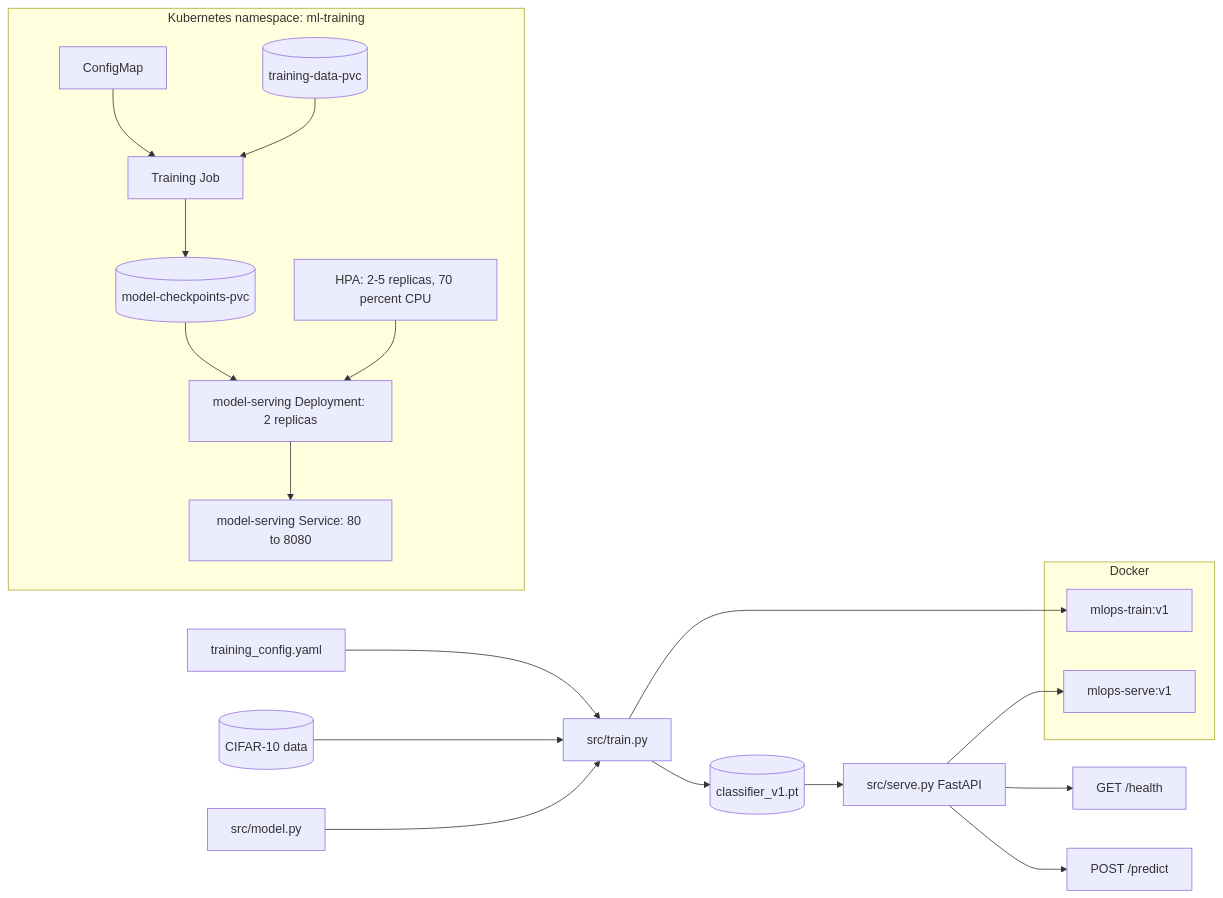
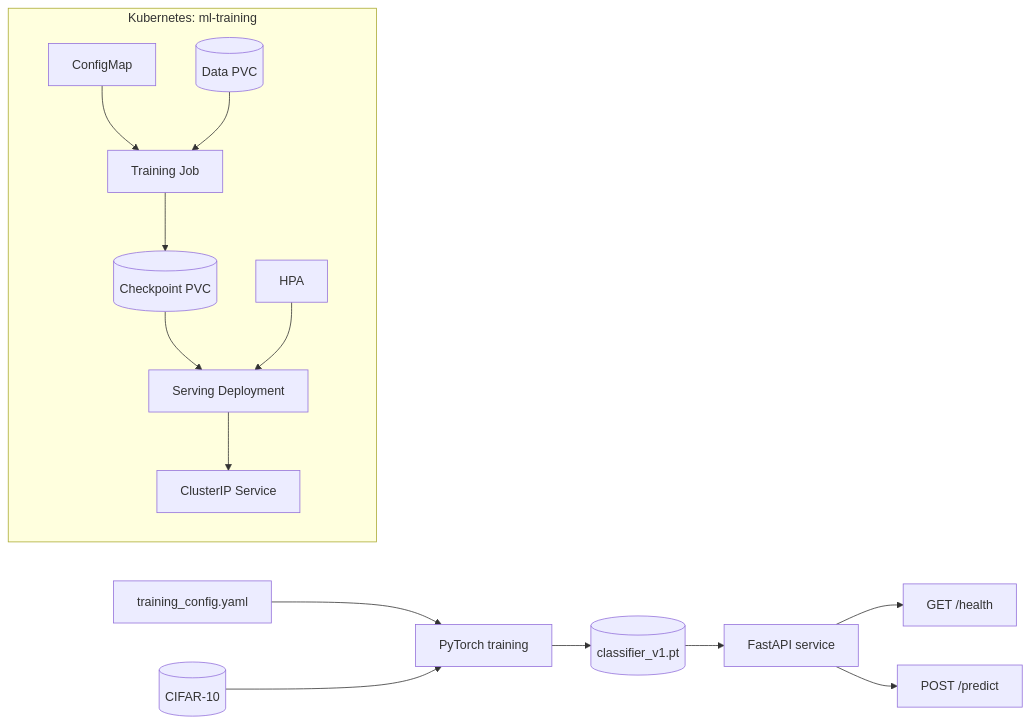
Before and after one commit to da25g506-dev/mlops_assignment2: the diagram in README.md, drawn with Mermaid. The commit also changed other lines of this file and 16 other files, not shown here.

```diff
--- a/README.md
+++ b/README.md
@@ -23,35 +12,18 @@
 ~~~mermaid
 flowchart LR
-    config[training_config.yaml] --> train[src/train.py]
-    data[(CIFAR-10 data)] --> train
-    model[src/model.py] --> train
-    train --> ckpt[(classifier_v1.pt)]
-    ckpt --> serve[src/serve.py FastAPI]
-    serve --> health[GET /health]
-    serve --> predict[POST /predict]
+    config[training_config.yaml] --> training[PyTorch training]
+    data[(CIFAR-10)] --> training
+    training --> checkpoint[(classifier_v1.pt)]
+    checkpoint --> api[FastAPI service]
+    api --> health[GET /health]
+    api --> predict[POST /predict]
 
-    subgraph Docker
-      train_image[mlops-train:v1]
-      serve_image[mlops-serve:v1]
+    subgraph cluster[Kubernetes: ml-training]
+      cm[ConfigMap] --> job[Training Job]
+      data_pvc[(Data PVC)] --> job
+      job --> model_pvc[(Checkpoint PVC)]
+      model_pvc --> deployment[Serving Deployment]
+      deployment --> service[ClusterIP Service]
+      hpa[HPA] --> deployment
     end
-
-    train --> train_image
-    serve --> serve_image
-
-    subgraph k8s_cluster[Kubernetes namespace: ml-training]
-      cm[ConfigMap]
-      job[Training Job]
-      pvc_data[(training-data-pvc)]
-      pvc_ckpt[(model-checkpoints-pvc)]
-      deploy[model-serving Deployment: 2 replicas]
-      svc[model-serving Service: 80 to 8080]
-      hpa[HPA: 2-5 replicas, 70 percent CPU]
-    end
-
-    cm --> job
-    pvc_data --> job
-    job --> pvc_ckpt
-    pvc_ckpt --> deploy
-    deploy --> svc
-    hpa --> deploy
 ~~~
```
